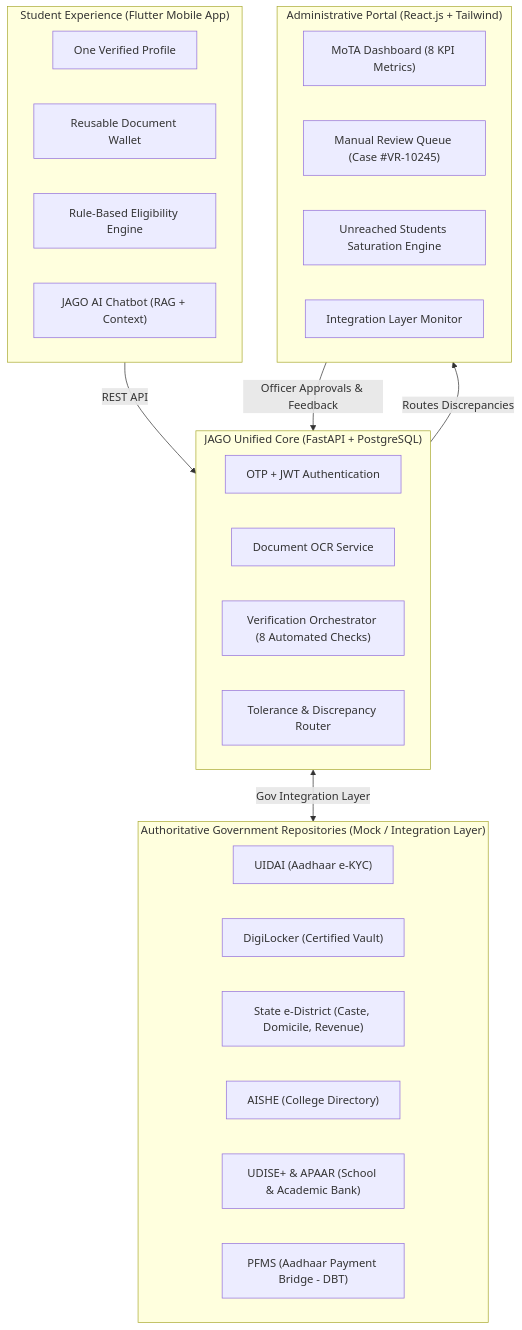
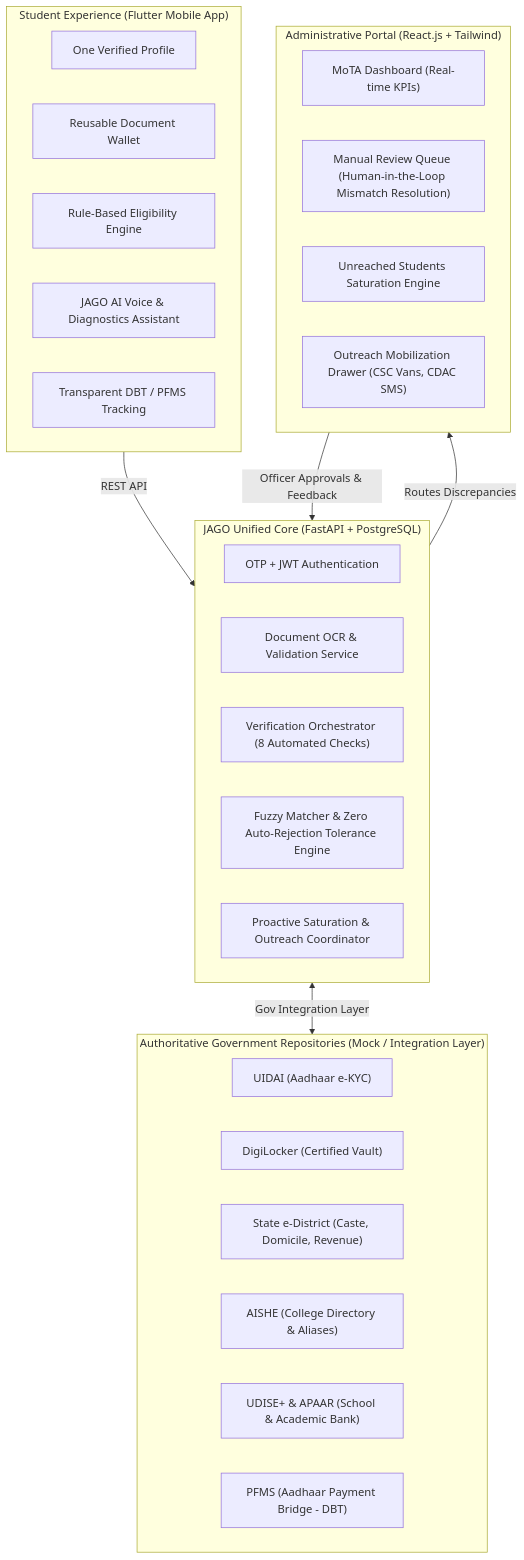
One commit to Vocalforlocals/JAGO changed the diagram in README.md. Above: the diagram before and after it, drawn with Mermaid. The commit also changed other lines of this file, not shown here.

Commit message:
docs: update README with official JAGO branding, architecture diagram, and complete file tree

````diff
--- a/README.md
+++ b/README.md
@@ -26,37 +26,39 @@
 ```mermaid
 flowchart TD
     subgraph StudentLayer["Student Experience (Flutter Mobile App)"]
         S1["One Verified Profile"]
         S2["Reusable Document Wallet"]
         S3["Rule-Based Eligibility Engine"]
-        S4["JAGO AI Chatbot (RAG + Context)"]
+        S4["JAGO AI Voice & Diagnostics Assistant"]
+        S5["Transparent DBT / PFMS Tracking"]
     end
 
     subgraph CoreBackend["JAGO Unified Core (FastAPI + PostgreSQL)"]
         B1["OTP + JWT Authentication"]
-        B2["Document OCR Service"]
+        B2["Document OCR & Validation Service"]
         B3["Verification Orchestrator (8 Automated Checks)"]
-        B4["Tolerance & Discrepancy Router"]
+        B4["Fuzzy Matcher & Zero Auto-Rejection Tolerance Engine"]
+        B5["Proactive Saturation & Outreach Coordinator"]
     end
 
     subgraph AdminLayer["Administrative Portal (React.js + Tailwind)"]
-        A1["MoTA Dashboard (8 KPI Metrics)"]
-        A2["Manual Review Queue (Case #VR-10245)"]
+        A1["MoTA Dashboard (Real-time KPIs)"]
+        A2["Manual Review Queue (Human-in-the-Loop Mismatch Resolution)"]
         A3["Unreached Students Saturation Engine"]
-        A4["Integration Layer Monitor"]
+        A4["Outreach Mobilization Drawer (CSC Vans, CDAC SMS)"]
     end
 
     subgraph GovRepos["Authoritative Government Repositories (Mock / Integration Layer)"]
         G1["UIDAI (Aadhaar e-KYC)"]
         G2["DigiLocker (Certified Vault)"]
         G3["State e-District (Caste, Domicile, Revenue)"]
-        G4["AISHE (College Directory)"]
+        G4["AISHE (College Directory & Aliases)"]
         G5["UDISE+ & APAAR (School & Academic Bank)"]
         G6["PFMS (Aadhaar Payment Bridge - DBT)"]
     end
 
     StudentLayer -->|REST API| CoreBackend
     CoreBackend <-->|Gov Integration Layer| GovRepos
     CoreBackend -->|Routes Discrepancies| AdminLayer
     AdminLayer -->|Officer Approvals & Feedback| CoreBackend
 ```
````
